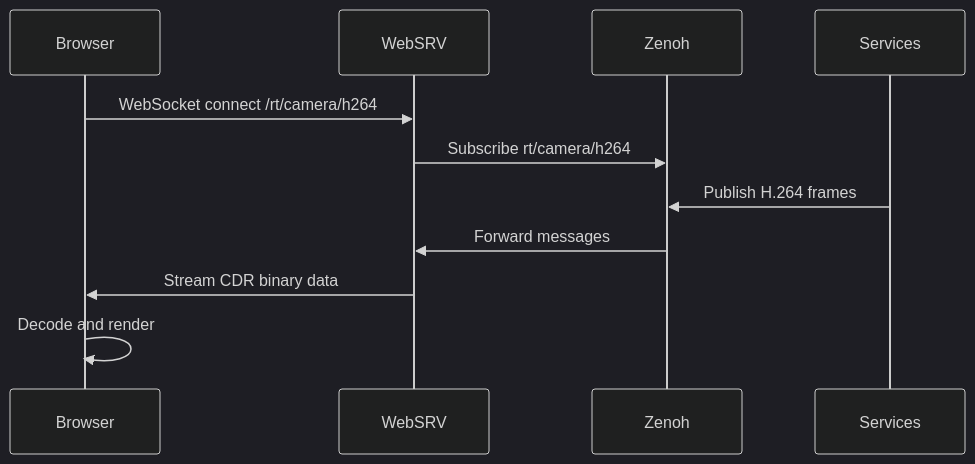
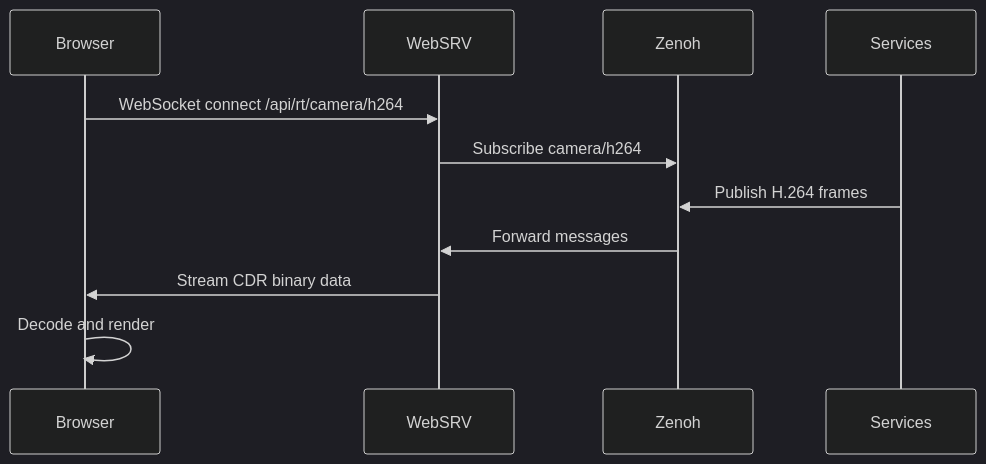
One commit to EdgeFirstAI/webui changed the second of 6 diagrams in ARCHITECTURE.md. Above: the diagram before and after it, drawn with Mermaid (dark theme). The commit also changed other lines of this file and 2 other files, not shown here.

````diff
--- a/ARCHITECTURE.md
+++ b/ARCHITECTURE.md
@@ -78,14 +78,14 @@
 ```mermaid
 sequenceDiagram
     participant B as Browser
     participant W as WebSRV
     participant Z as Zenoh
     participant S as Services
 
-    B->>W: WebSocket connect /rt/camera/h264
-    W->>Z: Subscribe rt/camera/h264
+    B->>W: WebSocket connect /api/rt/camera/h264
+    W->>Z: Subscribe camera/h264
     S->>Z: Publish H.264 frames
     Z->>W: Forward messages
     W->>B: Stream CDR binary data
     B->>B: Decode and render
 ```
````
